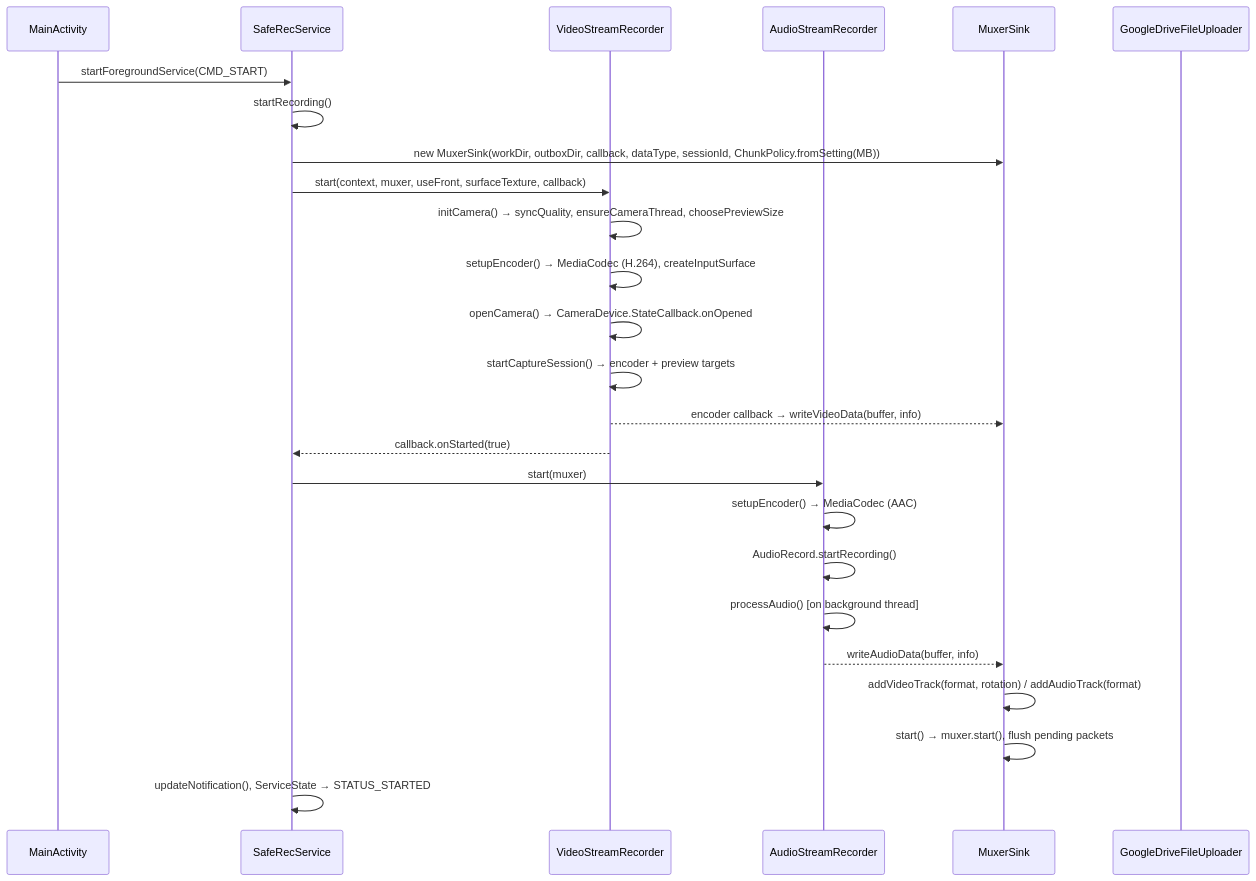
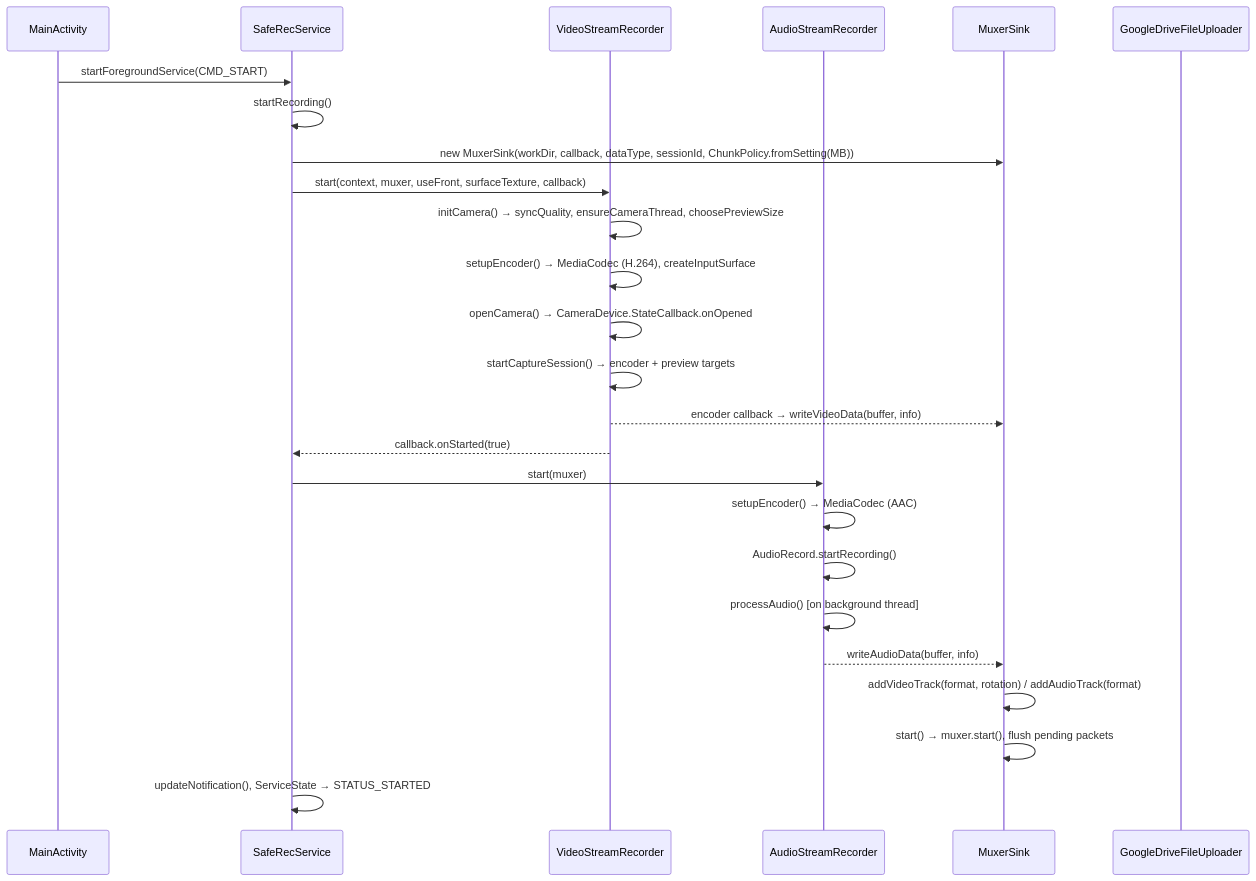
One commit to ark3us/saferec changed the second of 4 diagrams in AGENTS.md. Above: the diagram before and after it, drawn with Mermaid. The commit also changed other lines of this file and 2 other files, not shown here.

Commit message:
Hash chunks before they enter the outbox

````diff
--- a/AGENTS.md
+++ b/AGENTS.md
@@ -141,28 +141,28 @@
 ```mermaid
 sequenceDiagram
     participant MA as MainActivity
     participant SRS as SafeRecService
     participant VSR as VideoStreamRecorder
     participant ASR as AudioStreamRecorder
     participant MS as MuxerSink
     participant GDFU as GoogleDriveFileUploader
 
     MA->>SRS: startForegroundService(CMD_START)
     SRS->>SRS: startRecording()
-    SRS->>MS: new MuxerSink(workDir, outboxDir, callback, dataType, sessionId, ChunkPolicy.fromSetting(MB))
+    SRS->>MS: new MuxerSink(workDir, callback, dataType, sessionId, ChunkPolicy.fromSetting(MB))
     SRS->>VSR: start(context, muxer, useFront, surfaceTexture, callback)
     VSR->>VSR: initCamera() → syncQuality, ensureCameraThread, choosePreviewSize
     VSR->>VSR: setupEncoder() → MediaCodec (H.264), createInputSurface
     VSR->>VSR: openCamera() → CameraDevice.StateCallback.onOpened
     VSR->>VSR: startCaptureSession() → encoder + preview targets
     VSR-->>MS: encoder callback → writeVideoData(buffer, info)
     VSR-->>SRS: callback.onStarted(true)
     SRS->>ASR: start(muxer)
     ASR->>ASR: setupEncoder() → MediaCodec (AAC)
     ASR->>ASR: AudioRecord.startRecording()
     ASR->>ASR: processAudio() [on background thread]
     ASR-->>MS: writeAudioData(buffer, info)
     MS->>MS: addVideoTrack(format, rotation) / addAudioTrack(format)
     MS->>MS: start() → muxer.start(), flush pending packets
     SRS->>SRS: updateNotification(), ServiceState → STATUS_STARTED
 ```
````
